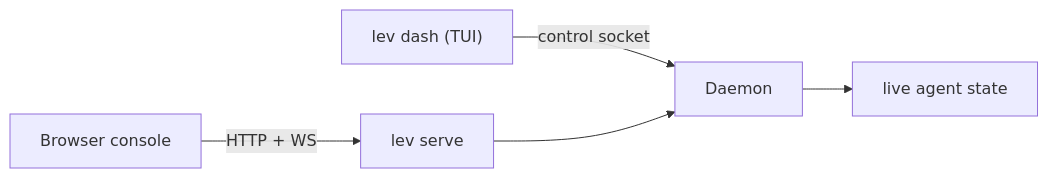
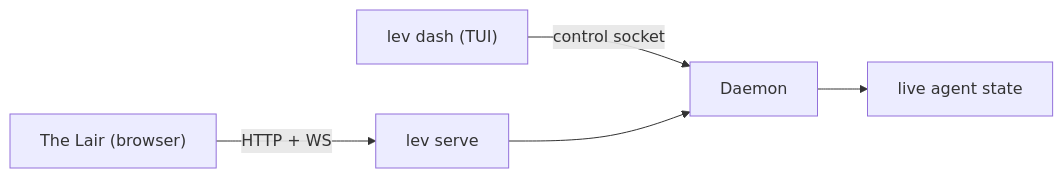
One commit to GEMISIS/leviath changed the diagram in docs/content/dashboard.md. Above: the diagram before and after it, drawn with Mermaid. The commit also changed other lines of this file and 5 other files, not shown here.

First line of the commit message:
docs: name the browser console The Lair, at its real URL

````diff
--- a/docs/content/dashboard.md
+++ b/docs/content/dashboard.md
@@ -21,6 +22,6 @@
 ```mermaid
 flowchart LR
   DASH["lev dash (TUI)"] -->|control socket| D["Daemon"]
-  CONSOLE["Browser console"] -->|"HTTP + WS"| SERVE["lev serve"] --> D
+  CONSOLE["The Lair (browser)"] -->|"HTTP + WS"| SERVE["lev serve"] --> D
   D --> AG["live agent state"]
 ```
````
